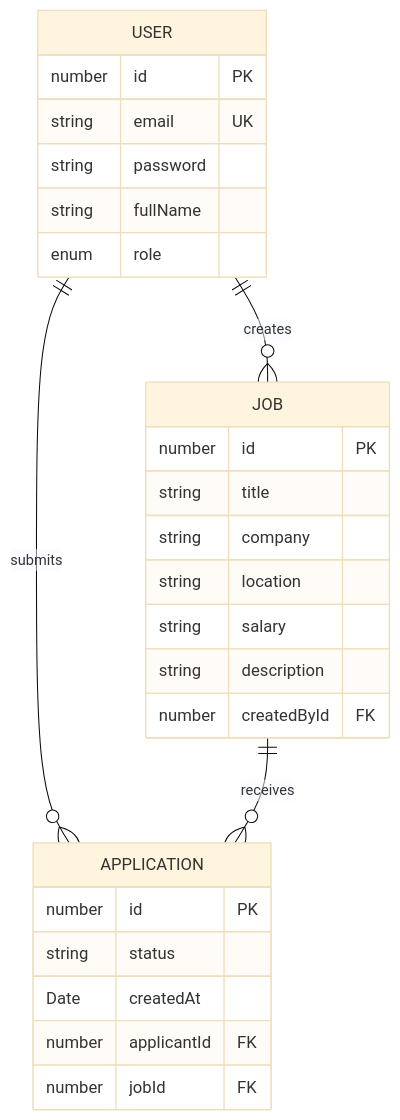
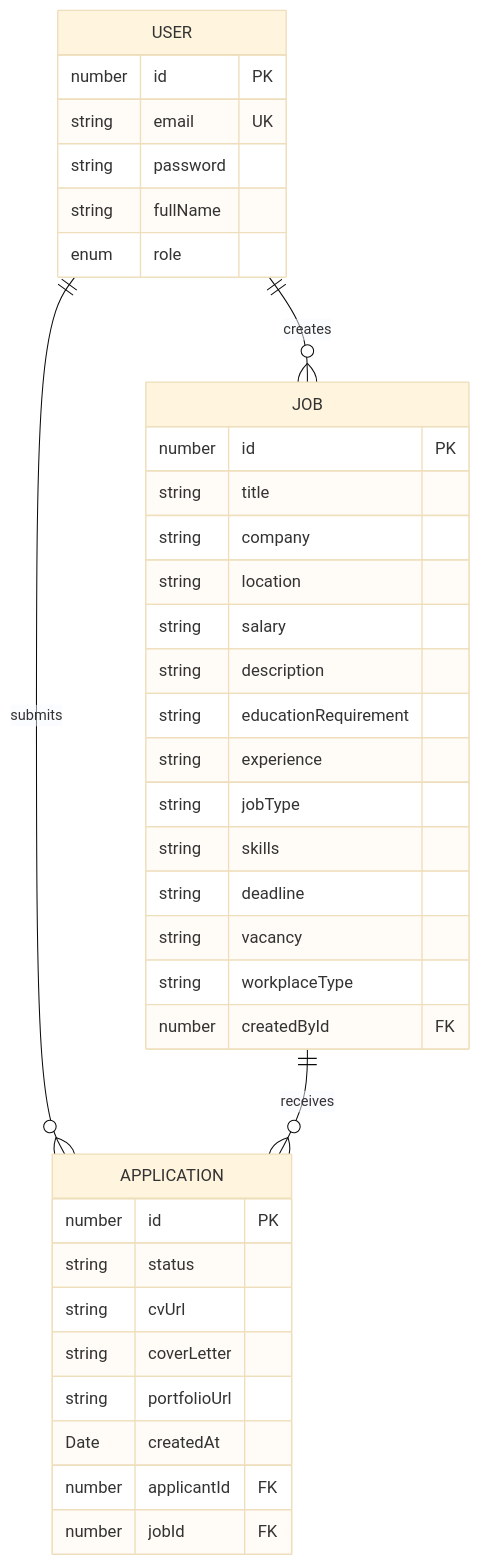
One commit to Meraz210/job-portal-system changed the diagram in docs/database-schema.md. Above: the diagram before and after it, drawn with Mermaid (base theme). The commit also changed other lines of this file and 8 other files, not shown here.

````diff
--- a/docs/database-schema.md
+++ b/docs/database-schema.md
@@ -57,32 +67,42 @@
 ```mermaid
 erDiagram
   USER ||--o{ JOB : creates
   USER ||--o{ APPLICATION : submits
   JOB ||--o{ APPLICATION : receives
 
   USER {
     number id PK
     string email UK
     string password
     string fullName
     enum role
   }
 
   JOB {
     number id PK
     string title
     string company
     string location
     string salary
     string description
+    string educationRequirement
+    string experience
+    string jobType
+    string skills
+    string deadline
+    string vacancy
+    string workplaceType
     number createdById FK
   }
 
   APPLICATION {
     number id PK
     string status
+    string cvUrl
+    string coverLetter
+    string portfolioUrl
     Date createdAt
     number applicantId FK
     number jobId FK
   }
 ```
````
